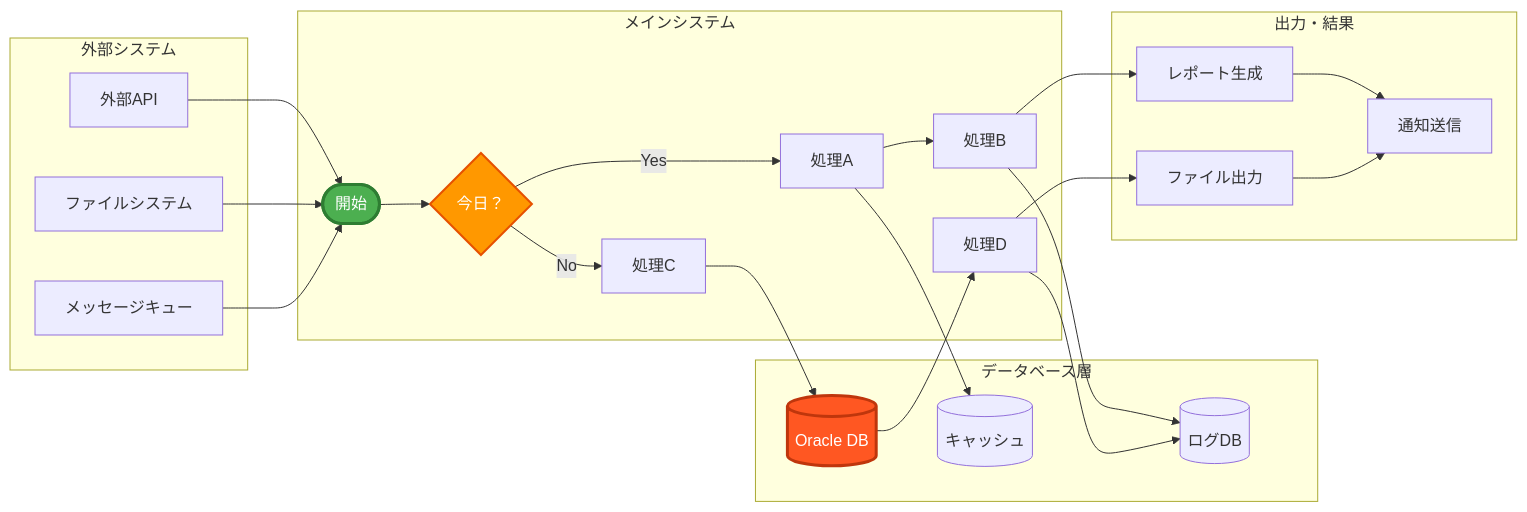
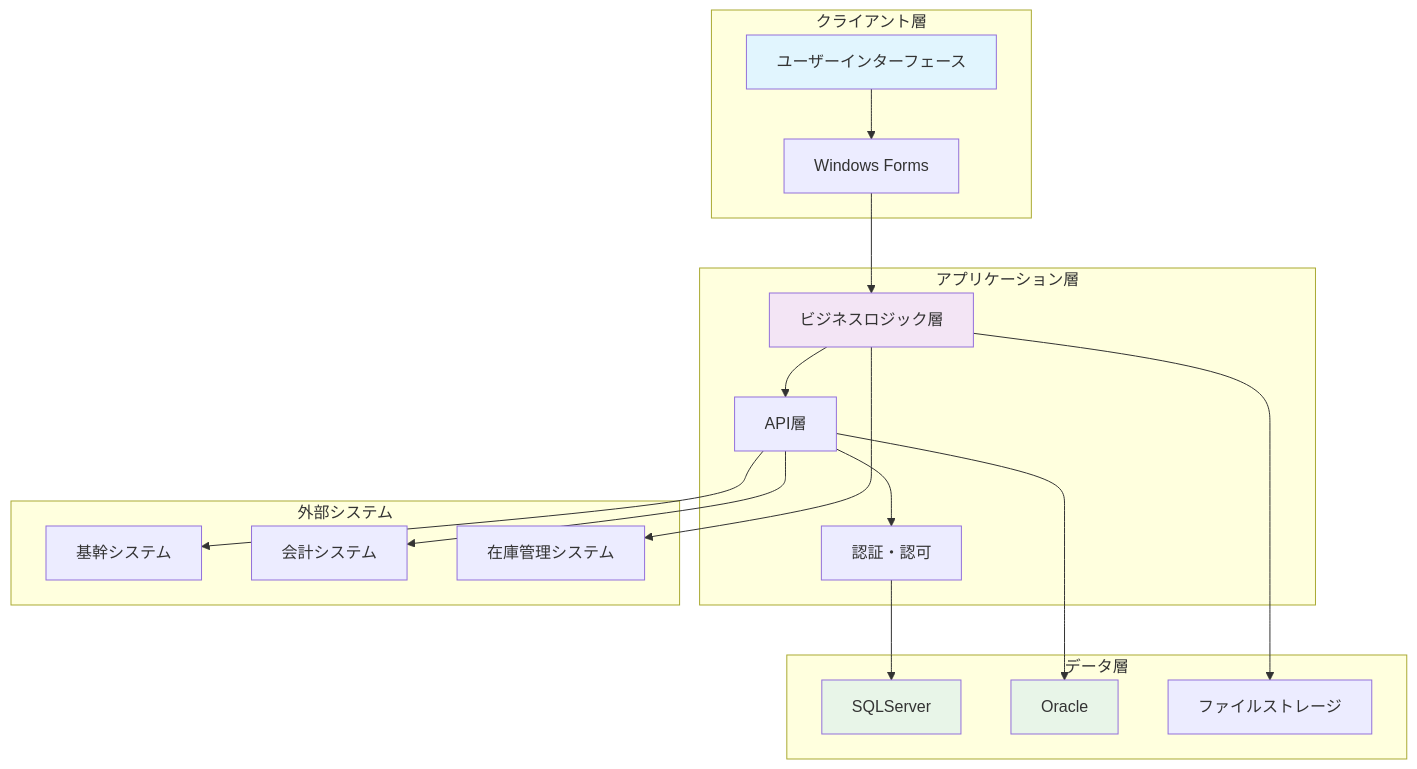
Before and after one commit to MasatakaNakamura/xlsx-data-analyzer: the third of 10 diagrams in docs/構成図_詳細フローチャート.md, drawn with Mermaid. The commit also changed other lines of this file and 32 other files, not shown here.

````diff
--- a/docs/構成図_詳細フローチャート.md
+++ b/docs/構成図_詳細フローチャート.md
@@ -103,57 +113,43 @@
 ```mermaid
-graph LR
-    subgraph "外部システム"
-        EXT1[外部API]
-        EXT2[ファイルシステム]
-        EXT3[メッセージキュー]
+graph TB
+    subgraph "クライアント層"
+        UI[ユーザーインターフェース]
+        FORMS[Windows Forms]
     end
 
-    subgraph "メインシステム"
-        START([開始])
-        PROC_A[処理A]
-        PROC_B[処理B]
-        PROC_C[処理C]
-        PROC_D[処理D]
-        DECISION{今日？}
+    subgraph "アプリケーション層"
+        BL[ビジネスロジック層]
+        API[API層]
+        AUTH[認証・認可]
     end
 
-    subgraph "データベース層"
-        ORACLE[(Oracle DB)]
-        CACHE[(キャッシュ)]
-        LOG[(ログDB)]
+    subgraph "データ層"
+        DB_SQL[SQLServer]
+        DB_ORA[Oracle]
+        FILE[ファイルストレージ]
     end
 
-    subgraph "出力・結果"
-        REPORT[レポート生成]
-        NOTIFY[通知送信]
-        FILE_OUT[ファイル出力]
+    subgraph "外部システム"
+        EXT1[基幹システム]
+        EXT2[会計システム]
+        EXT3[在庫管理システム]
     end
 
-    %% データフロー
-    EXT1 --> START
-    EXT2 --> START
-    EXT3 --> START
+    UI --> FORMS
+    FORMS --> BL
+    BL --> API
+    API --> AUTH
 
-    START --> DECISION
-    DECISION -->|Yes| PROC_A
-    DECISION -->|No| PROC_C
+    AUTH --> DB_SQL
+    API --> DB_ORA
+    BL --> FILE
 
-    PROC_A --> CACHE
-    PROC_A --> PROC_B
-    PROC_B --> REPORT
+    API --> EXT1
+    API --> EXT2
+    BL --> EXT3
 
-    PROC_C --> ORACLE
-    ORACLE --> PROC_D
-    PROC_D --> FILE_OUT
-
-    PROC_B --> LOG
-    PROC_D --> LOG
-
-    REPORT --> NOTIFY
-    FILE_OUT --> NOTIFY
-
-    %% スタイリング
-    style ORACLE fill:#FF5722,stroke:#BF360C,stroke-width:3px,color:#fff
-    style DECISION fill:#FF9800,stroke:#E65100,stroke-width:2px,color:#fff
-    style START fill:#4CAF50,stroke:#2E7D32,stroke-width:3px,color:#fff
+    style UI fill:#e1f5fe
+    style BL fill:#f3e5f5
+    style DB_SQL fill:#e8f5e8
+    style DB_ORA fill:#e8f5e8
 ```
````
